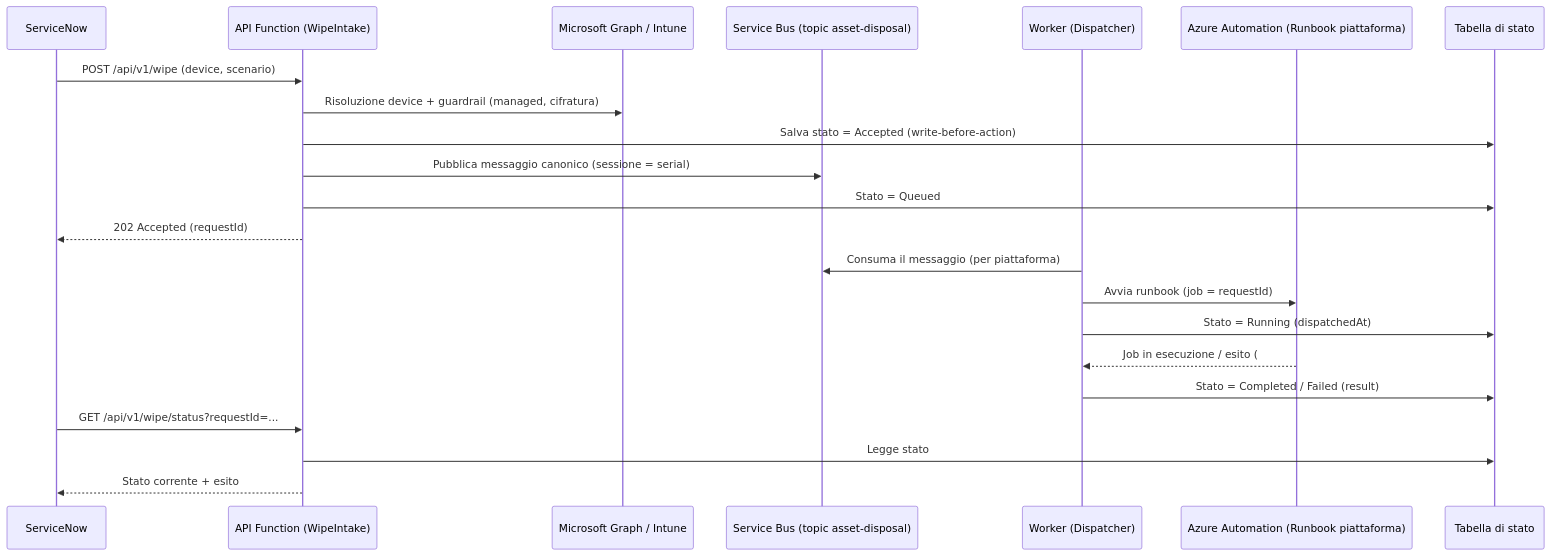
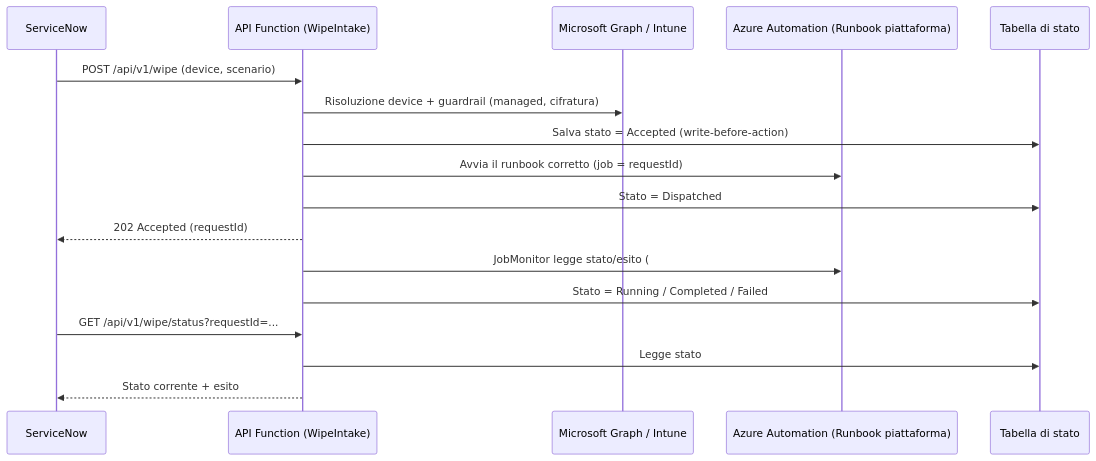
One commit to robgrame/Asset-Terminator changed the diagram in poc-powershell-dispatch/docs/flusso-alto-livello.md. Above: the diagram before and after it, drawn with Mermaid. The commit also changed other lines of this file and 46 other files, not shown here.

````diff
--- a/poc-powershell-dispatch/docs/flusso-alto-livello.md
+++ b/poc-powershell-dispatch/docs/flusso-alto-livello.md
@@ -33,27 +29,22 @@
 ```mermaid
 sequenceDiagram
     participant SN as ServiceNow
     participant API as API Function (WipeIntake)
     participant G as Microsoft Graph / Intune
-    participant SB as Service Bus (topic asset-disposal)
-    participant W as Worker (Dispatcher)
     participant AA as Azure Automation (Runbook piattaforma)
     participant ST as Tabella di stato
 
     SN->>API: POST /api/v1/wipe (device, scenario)
     API->>G: Risoluzione device + guardrail (managed, cifratura)
     API->>ST: Salva stato = Accepted (write-before-action)
-    API->>SB: Pubblica messaggio canonico (sessione = serial)
-    API->>ST: Stato = Queued
+    API->>AA: Avvia il runbook corretto (job = requestId)
+    API->>ST: Stato = Dispatched
     API-->>SN: 202 Accepted (requestId)
 
-    W->>SB: Consuma il messaggio (per piattaforma)
-    W->>AA: Avvia runbook (job = requestId)
-    W->>ST: Stato = Running (dispatchedAt)
-    AA-->>W: Job in esecuzione / esito (##RESULT##)
-    W->>ST: Stato = Completed / Failed (result)
+    API->>AA: JobMonitor legge stato/esito (##RESULT##)
+    API->>ST: Stato = Running / Completed / Failed
 
     SN->>API: GET /api/v1/wipe/status?requestId=...
     API->>ST: Legge stato
     API-->>SN: Stato corrente + esito
 ```
````
